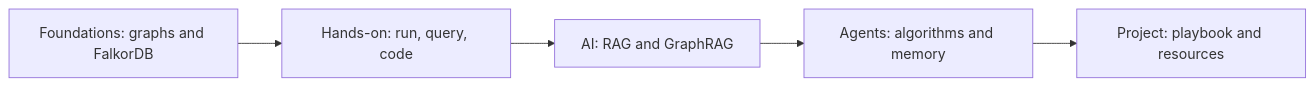
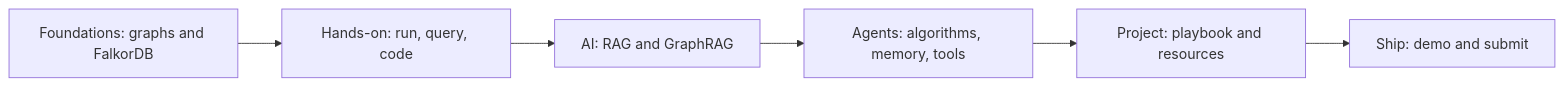
Before and after one commit to kintsugi-programmer/cto-ai: the diagram in Documents/guide/00-start-here.md, drawn with Mermaid. The commit also changed other lines of this file and 5 other files, not shown here.

````diff
--- a/Documents/guide/00-start-here.md
+++ b/Documents/guide/00-start-here.md
@@ -16,7 +16,8 @@
 ```mermaid
 flowchart LR
     F["Foundations: graphs and FalkorDB"] --> H["Hands-on: run, query, code"]
     H --> A["AI: RAG and GraphRAG"]
-    A --> M["Agents: algorithms and memory"]
+    A --> M["Agents: algorithms, memory, tools"]
     M --> P["Project: playbook and resources"]
+    P --> S["Ship: demo and submit"]
 ```
````
